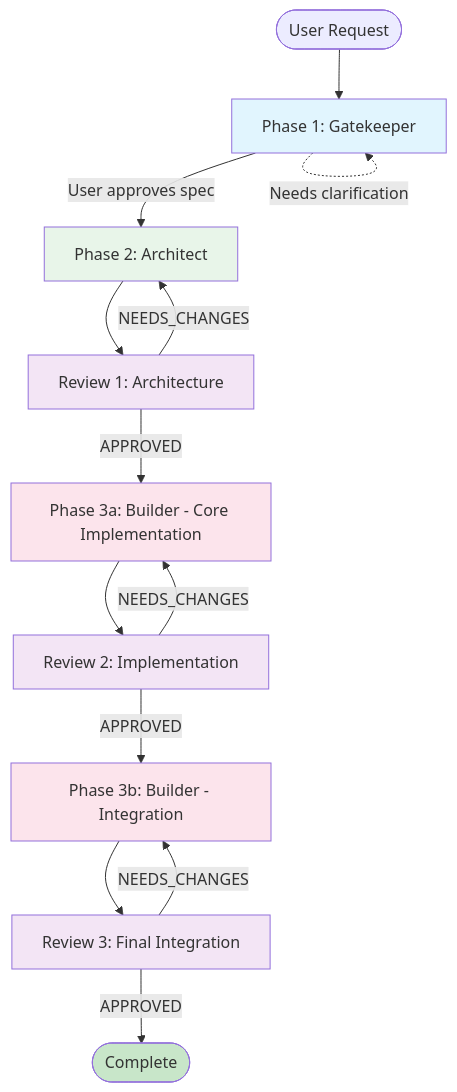
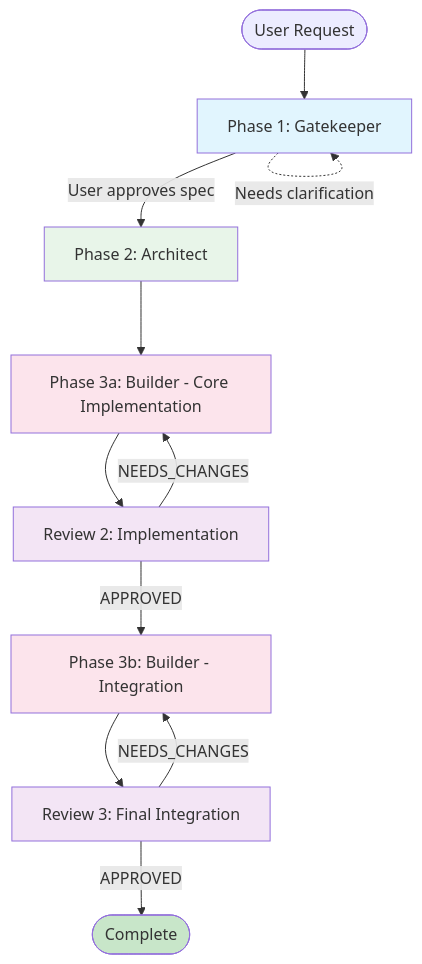
One commit to tuanuet/blogplatform changed the diagram in .agent/workflows/develop.md. Above: the diagram before and after it, drawn with Mermaid. The commit also changed other lines of this file and 13 other files, not shown here.

Commit message:
feat: Add Zalo URL field to user profiles, DTOs, database schema, and update agent workflow to remove architecture review.

````diff
--- a/.agent/workflows/develop.md
+++ b/.agent/workflows/develop.md
@@ -13,28 +13,25 @@
 ```mermaid
 flowchart TB
     Start([User Request]) --> Gatekeeper[Phase 1: Gatekeeper]
     
     Gatekeeper -->|User approves spec| Architect[Phase 2: Architect]
     Gatekeeper -.->|Needs clarification| Gatekeeper
     
-    Architect --> ReviewerArch[Review 1: Architecture]
-    ReviewerArch -->|APPROVED| BuilderP2[Phase 3a: Builder - Core Implementation]
-    ReviewerArch -->|NEEDS_CHANGES| Architect
+    Architect --> BuilderP2[Phase 3a: Builder - Core Implementation]
     
     BuilderP2 --> ReviewerImpl[Review 2: Implementation]
     ReviewerImpl -->|APPROVED| BuilderP3[Phase 3b: Builder - Integration]
     ReviewerImpl -->|NEEDS_CHANGES| BuilderP2
     
     BuilderP3 --> ReviewerInt[Review 3: Final Integration]
     ReviewerInt -->|APPROVED| Complete([Complete])
     ReviewerInt -->|NEEDS_CHANGES| BuilderP3
 
     style Gatekeeper fill:#e1f5fe
     style Architect fill:#e8f5e9
-    style ReviewerArch fill:#f3e5f5
     style BuilderP2 fill:#fce4ec
     style ReviewerImpl fill:#f3e5f5
     style BuilderP3 fill:#fce4ec
     style ReviewerInt fill:#f3e5f5
     style Complete fill:#c8e6c9
 ```
````
